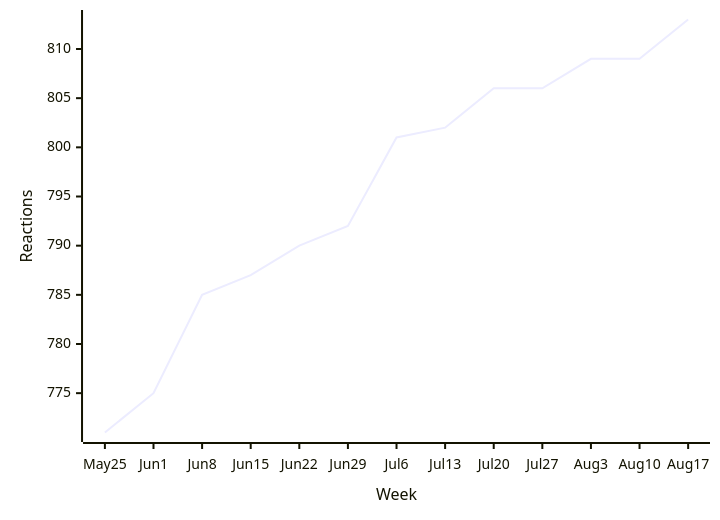
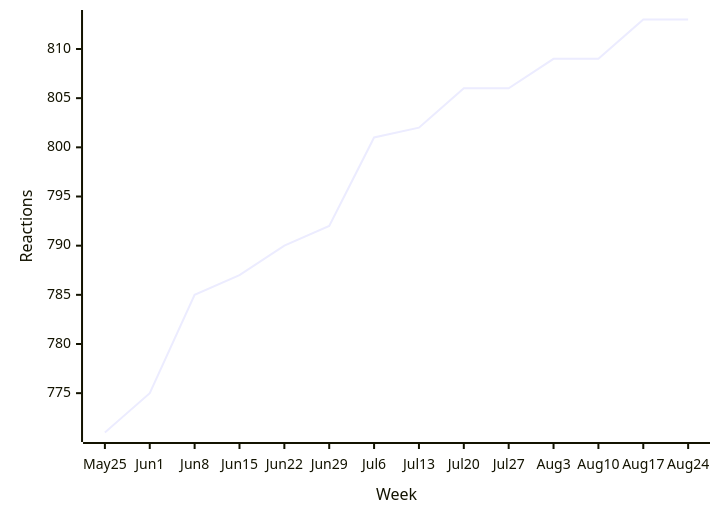
One commit to loic-sharma/github-insights changed the first of 38 diagrams in README.md. Above: the diagram before and after it, drawn with Mermaid. The commit also changed other lines of this file and 3 other files, not shown here.

````diff
--- a/README.md
+++ b/README.md
@@ -324,6 +324,6 @@
   ```mermaid
   xychart-beta
-    x-axis "Week" [May 25, Jun 1, Jun 8, Jun 15, Jun 22, Jun 29, Jul 6, Jul 13, Jul 20, Jul 27, Aug 3, Aug 10, Aug 17]
+    x-axis "Week" [May 25, Jun 1, Jun 8, Jun 15, Jun 22, Jun 29, Jul 6, Jul 13, Jul 20, Jul 27, Aug 3, Aug 10, Aug 17, Aug 24]
     y-axis "Reactions"
-    line [771, 775, 785, 787, 790, 792, 801, 802, 806, 806, 809, 809, 813]
+    line [771, 775, 785, 787, 790, 792, 801, 802, 806, 806, 809, 809, 813, 813]
   ```
````
